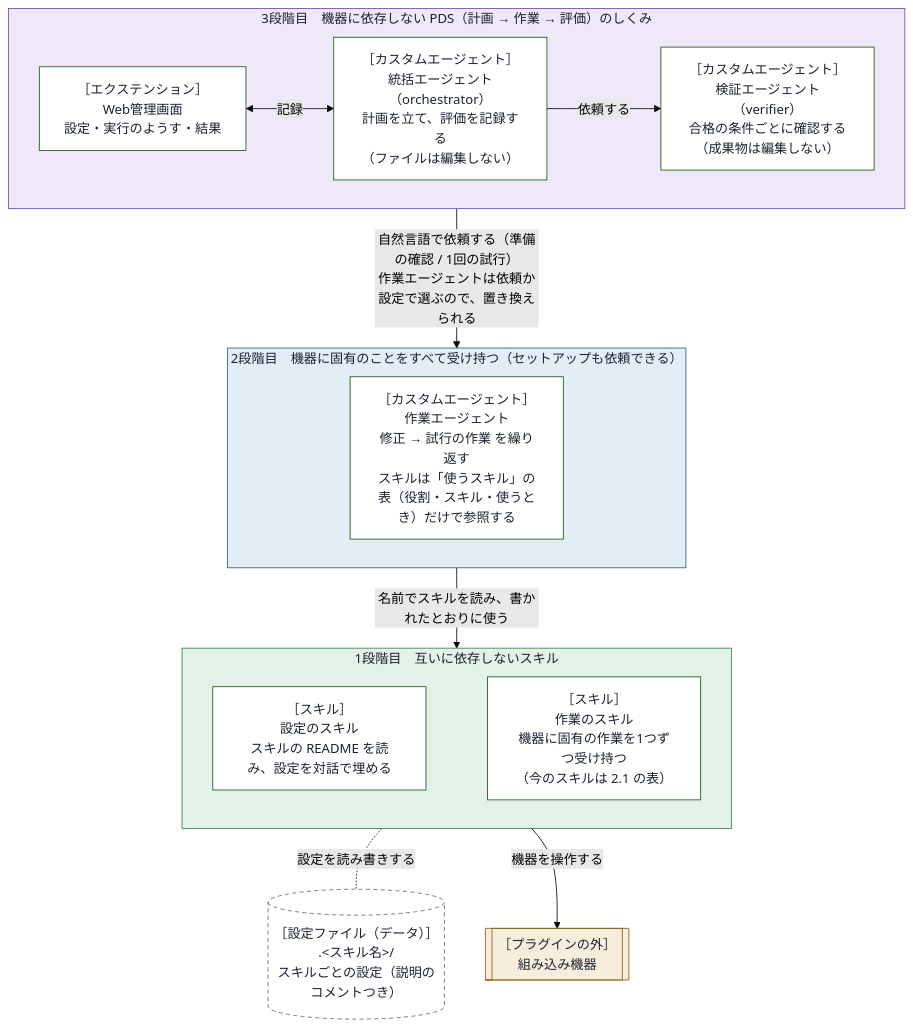
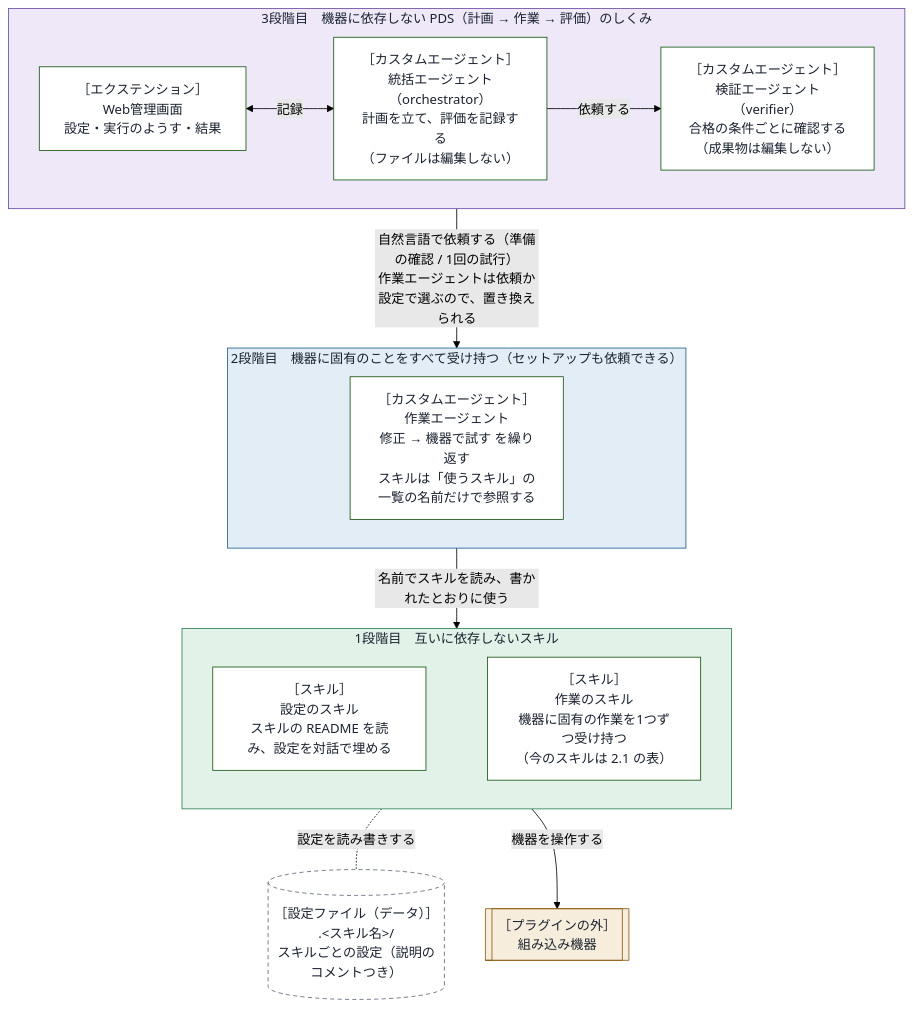
One commit to xclang-brain/plugin-market-place changed the diagram in plugins/embedded-debug-loop/docs/design/design.md. Above: the diagram before and after it, drawn with Mermaid (forest theme). The commit also changed other lines of this file and 8 other files, not shown here.

````diff
--- a/plugins/embedded-debug-loop/docs/design/design.md
+++ b/plugins/embedded-debug-loop/docs/design/design.md
@@ -20,40 +20,40 @@
 ```mermaid
 flowchart TB
     subgraph L3["3段階目　機器に依存しない PDS（計画 → 作業 → 評価）のしくみ"]
         direction LR
         UI["［エクステンション］<br/>Web管理画面<br/>設定・実行のようす・結果"]
         ORC["［カスタムエージェント］<br/>統括エージェント（orchestrator）<br/>計画を立て、評価を記録する<br/>（ファイルは編集しない）"]
         VER["［カスタムエージェント］<br/>検証エージェント（verifier）<br/>合格の条件ごとに確認する<br/>（成果物は編集しない）"]
         UI <-- "記録" --> ORC
         ORC -- "依頼する" --> VER
     end
 
     subgraph L2["2段階目　機器に固有のことをすべて受け持つ（セットアップも依頼できる）"]
-        WRK["［カスタムエージェント］<br/>作業エージェント<br/>修正 → 試行の作業 を繰り返す<br/>スキルは「使うスキル」の表（役割・スキル・使うとき）だけで参照する"]
+        WRK["［カスタムエージェント］<br/>作業エージェント<br/>修正 → 機器で試す を繰り返す<br/>スキルは「使うスキル」の一覧の名前だけで参照する"]
     end
 
     subgraph L1["1段階目　互いに依存しないスキル"]
         direction LR
         SETUP["［スキル］<br/>設定のスキル<br/>スキルの README を読み、設定を対話で埋める"]
         WORKS["［スキル］<br/>作業のスキル<br/>機器に固有の作業を1つずつ受け持つ<br/>（今のスキルは 2.1 の表）"]
         SETUP ~~~ WORKS
     end
 
     CFG[("［設定ファイル（データ）］<br/>.#lt;スキル名#gt;/<br/>スキルごとの設定（説明のコメントつき）")]
     DEV[["［プラグインの外］<br/>組み込み機器"]]
 
     L3 -- "自然言語で依頼する（準備の確認 / 1回の試行）<br/>作業エージェントは依頼か設定で選ぶので、置き換えられる" --> L2
     L2 -- "名前でスキルを読み、書かれたとおりに使う" --> L1
     L1 -. "設定を読み書きする" .- CFG
     L1 -- "機器を操作する" --> DEV
 
     style L3 fill:#eee8f8,stroke:#6a4aa8,color:#1b2230
     style L2 fill:#e2edf6,stroke:#1d5e8c,color:#1b2230
     style L1 fill:#e3f2e8,stroke:#2f7d4f,color:#1b2230
     classDef node fill:#ffffff,color:#1b2230
     classDef dev fill:#f7eddc,stroke:#8a5a12,color:#1b2230
     classDef cfg fill:#ffffff,stroke:#586275,color:#1b2230,stroke-dasharray:5 4
     class UI,ORC,VER,WRK,SETUP,WORKS node
     class DEV dev
     class CFG cfg
 ```
````
